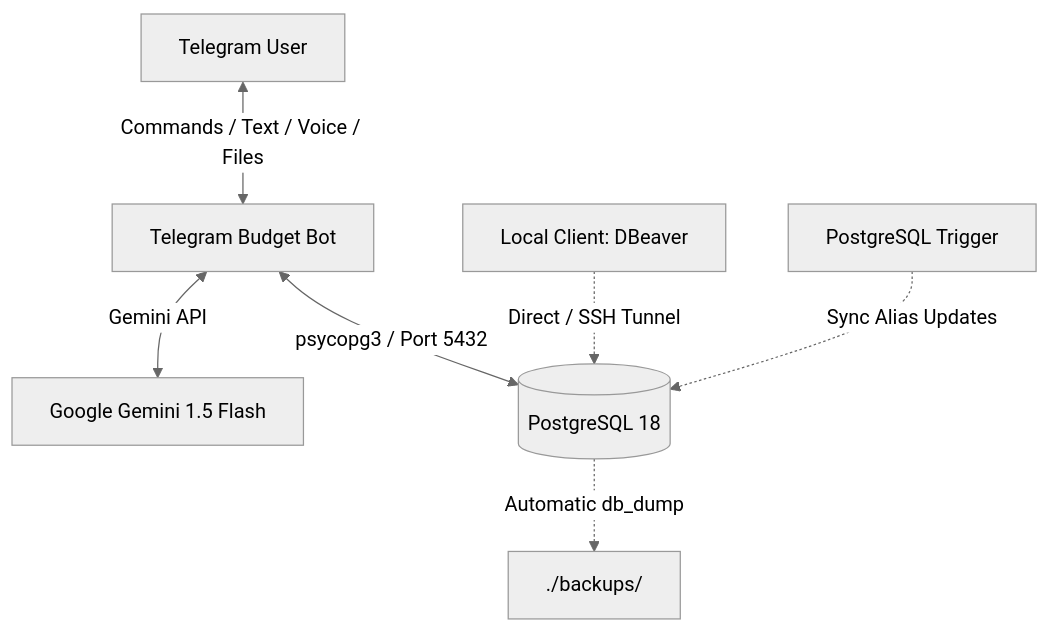
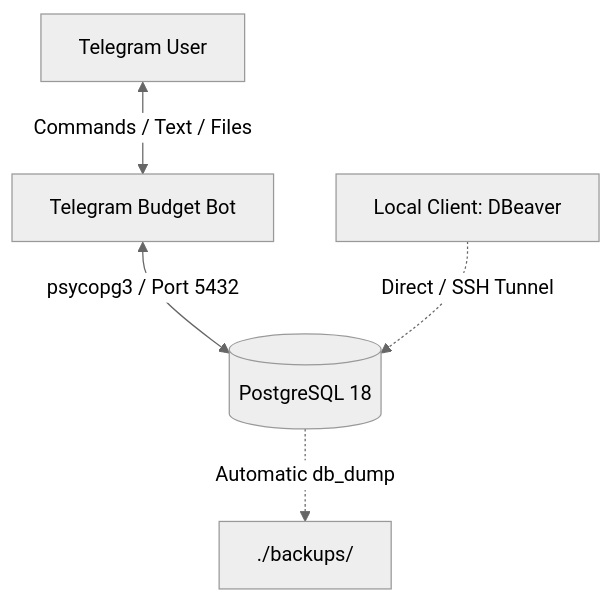
The diagram in README.md (shdrn2402/family-budget-bot), drawn with Mermaid (neutral theme) before and after one commit. The commit also changed other lines of this file and 29 other files, not shown here.

First line of the commit message:
refactor: remove the AI layer (Gemini, voice, NL2SQL) and dead code

````diff
--- a/README.md
+++ b/README.md
@@ -17,9 +16,7 @@
 ```mermaid
 graph TD
-    TelegramUser[Telegram User] <--> |Commands / Text / Voice / Files| Bot[Telegram Budget Bot]
-    Bot <--> |Gemini API| Gemini[Google Gemini 1.5 Flash]
+    TelegramUser[Telegram User] <--> |Commands / Text / Files| Bot[Telegram Budget Bot]
     Bot <--> |psycopg3 / Port 5432| DB[(PostgreSQL 18)]
     DBClient[Local Client: DBeaver] -.-> |Direct / SSH Tunnel| DB
     DB -.-> |Automatic db_dump| Backup[./backups/]
-    DBTrigger[PostgreSQL Trigger] -.-> |Sync Alias Updates| DB
 ```
````
